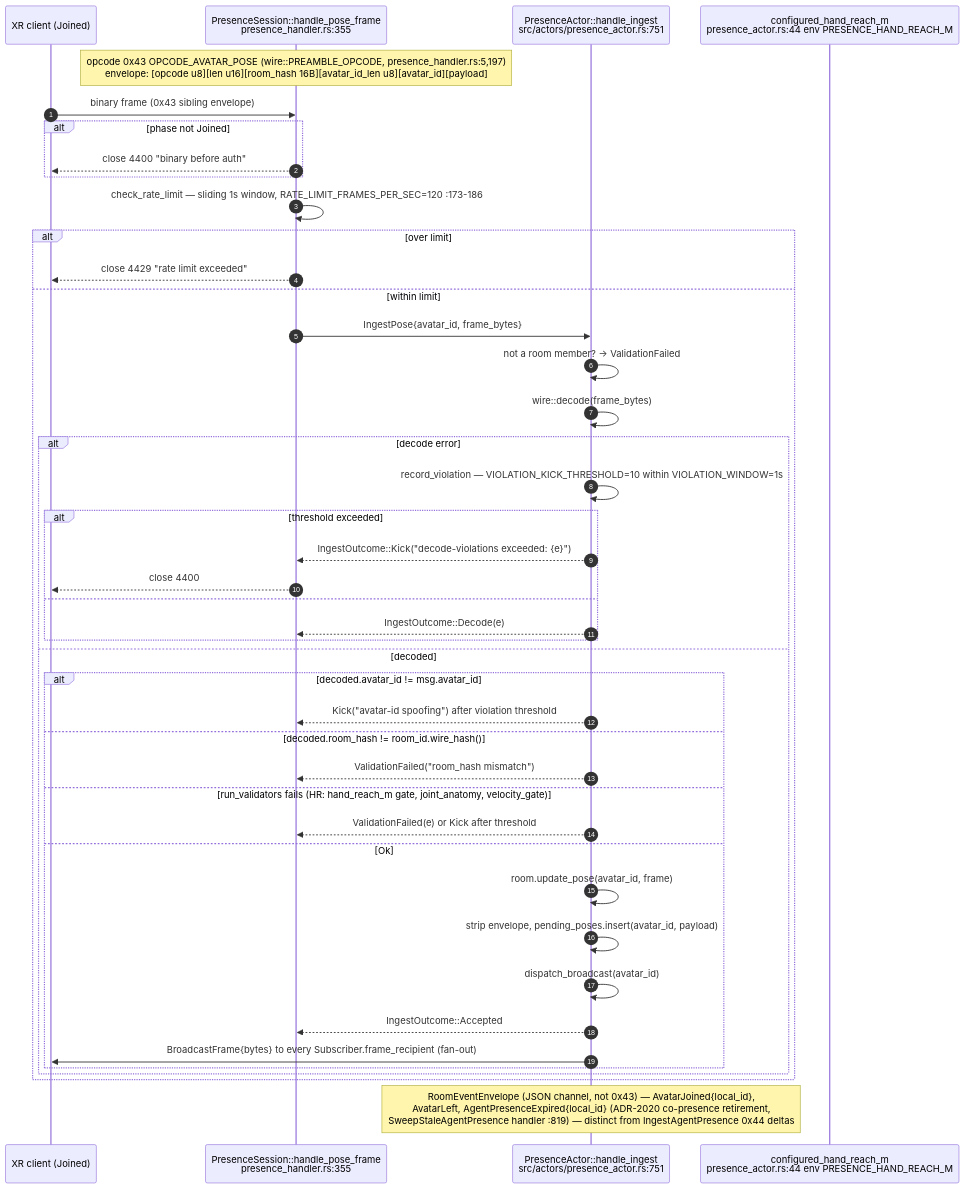
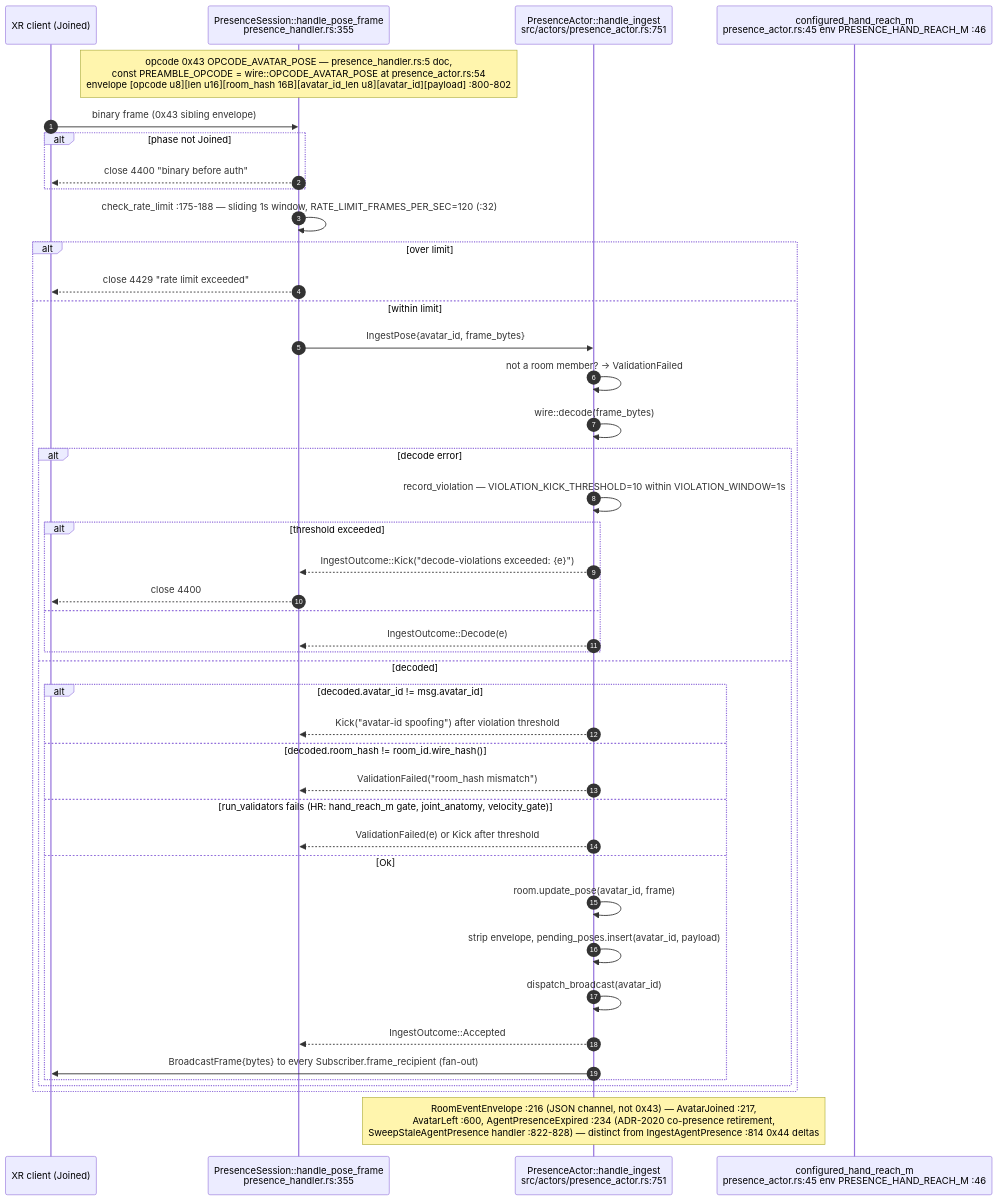
Before and after one commit to DreamLab-AI/VisionFlow: the fifth of 18 diagrams in docs/diagrams/visionclaw/05-handlers-governance-and-identity.md, drawn with Mermaid. The commit also changed other lines of this file and 52 other files, not shown here.

First line of the commit message:
docs(diagrams): wave 3 checkpoint — bare line refs resolved, revision-pinned cite-check, VC-05/AB-01..13 re-attested

````diff
--- a/docs/diagrams/visionclaw/05-handlers-governance-and-identity.md
+++ b/docs/diagrams/visionclaw/05-handlers-governance-and-identity.md
@@ -262,46 +263,46 @@
 ```mermaid
 sequenceDiagram
     autonumber
     participant C as XR client (Joined)
     participant WS as PresenceSession::handle_pose_frame<br/>presence_handler.rs:355
     participant PA as PresenceActor::handle_ingest<br/>src/actors/presence_actor.rs:751
-    participant HR as configured_hand_reach_m<br/>presence_actor.rs:44 env PRESENCE_HAND_REACH_M
+    participant HR as configured_hand_reach_m<br/>presence_actor.rs:45 env PRESENCE_HAND_REACH_M :46
 
-    Note over WS: opcode 0x43 OPCODE_AVATAR_POSE (wire::PREAMBLE_OPCODE, presence_handler.rs:5,197)<br/>envelope: [opcode u8][len u16][room_hash 16B][avatar_id_len u8][avatar_id][payload]
+    Note over WS: opcode 0x43 OPCODE_AVATAR_POSE — presence_handler.rs:5 doc,<br/>const PREAMBLE_OPCODE = wire::OPCODE_AVATAR_POSE at presence_actor.rs:54<br/>envelope [opcode u8][len u16][room_hash 16B][avatar_id_len u8][avatar_id][payload] :800-802
     C->>WS: binary frame (0x43 sibling envelope)
     alt phase not Joined
         WS-->>C: close 4400 "binary before auth"
     end
-    WS->>WS: check_rate_limit — sliding 1s window, RATE_LIMIT_FRAMES_PER_SEC=120 :173-186
+    WS->>WS: check_rate_limit :175-188 — sliding 1s window, RATE_LIMIT_FRAMES_PER_SEC=120 (:32)
     alt over limit
         WS-->>C: close 4429 "rate limit exceeded"
     else within limit
         WS->>PA: IngestPose{avatar_id, frame_bytes}
         PA->>PA: not a room member? -> ValidationFailed
         PA->>PA: wire::decode(frame_bytes)
         alt decode error
             PA->>PA: record_violation — VIOLATION_KICK_THRESHOLD=10 within VIOLATION_WINDOW=1s
             alt threshold exceeded
                 PA-->>WS: IngestOutcome::Kick("decode-violations exceeded: {e}")
                 WS-->>C: close 4400
             else
                 PA-->>WS: IngestOutcome::Decode(e)
             end
         else decoded
             alt decoded.avatar_id != msg.avatar_id
                 PA-->>WS: Kick("avatar-id spoofing") after violation threshold
             else decoded.room_hash != room_id.wire_hash()
                 PA-->>WS: ValidationFailed("room_hash mismatch")
             else run_validators fails (HR: hand_reach_m gate, joint_anatomy, velocity_gate)
                 PA-->>WS: ValidationFailed(e) or Kick after threshold
             else Ok
                 PA->>PA: room.update_pose(avatar_id, frame)
                 PA->>PA: strip envelope, pending_poses.insert(avatar_id, payload)
                 PA->>PA: dispatch_broadcast(avatar_id)
                 PA-->>WS: IngestOutcome::Accepted
                 PA->>C: BroadcastFrame{bytes} to every Subscriber.frame_recipient (fan-out)
             end
         end
     end
-    Note over PA: RoomEventEnvelope (JSON channel, not 0x43) — AvatarJoined{local_id},<br/>AvatarLeft, AgentPresenceExpired{local_id} (ADR-2020 co-presence retirement,<br/>SweepStaleAgentPresence handler :819) — distinct from IngestAgentPresence 0x44 deltas
+    Note over PA: RoomEventEnvelope :216 (JSON channel, not 0x43) — AvatarJoined :217,<br/>AvatarLeft :600, AgentPresenceExpired :234 (ADR-2020 co-presence retirement,<br/>SweepStaleAgentPresence handler :822-828) — distinct from IngestAgentPresence :814 0x44 deltas
 ```
````
